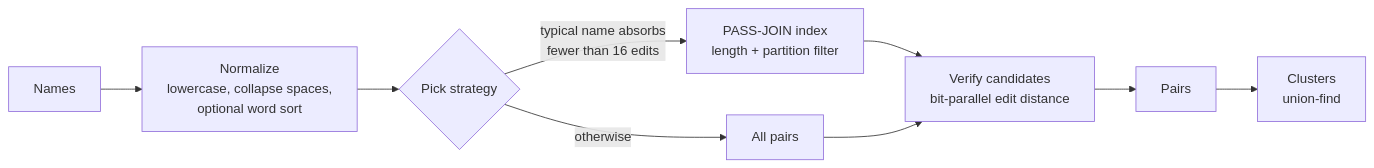
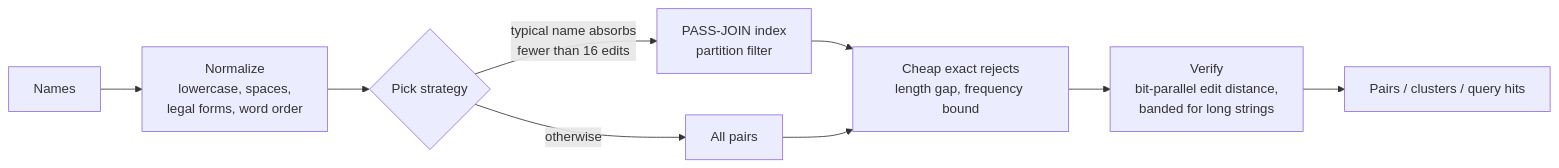
One commit to emirhuseynrmx/fuzzy-dedupe-rs changed the diagram in README.md. Above: the diagram before and after it, drawn with Mermaid. The commit also changed other lines of this file and 17 other files, not shown here.

Commit message:
0.4.0: persistent incremental Index, strip_suffixes, banded bit-parallel kernel, frequency bound

````diff
--- a/README.md
+++ b/README.md
@@ -114,11 +158,11 @@
 ```mermaid
 flowchart LR
-    A[Names] --> B[Normalize<br/>lowercase, collapse spaces,<br/>optional word sort]
+    A[Names] --> B[Normalize<br/>lowercase, spaces,<br/>legal forms, word order]
     B --> C{Pick strategy}
-    C -->|typical name absorbs<br/>fewer than 16 edits| D[PASS-JOIN index<br/>length + partition filter]
+    C -->|typical name absorbs<br/>fewer than 16 edits| D[PASS-JOIN index<br/>partition filter]
     C -->|otherwise| E[All pairs]
-    D --> F[Verify candidates<br/>bit-parallel edit distance]
+    D --> F[Cheap exact rejects<br/>length gap, frequency bound]
     E --> F
-    F --> G[Pairs]
-    G --> H[Clusters<br/>union-find]
+    F --> G[Verify<br/>bit-parallel edit distance,<br/>banded for long strings]
+    G --> H[Pairs / clusters / query hits]
 ```
````
